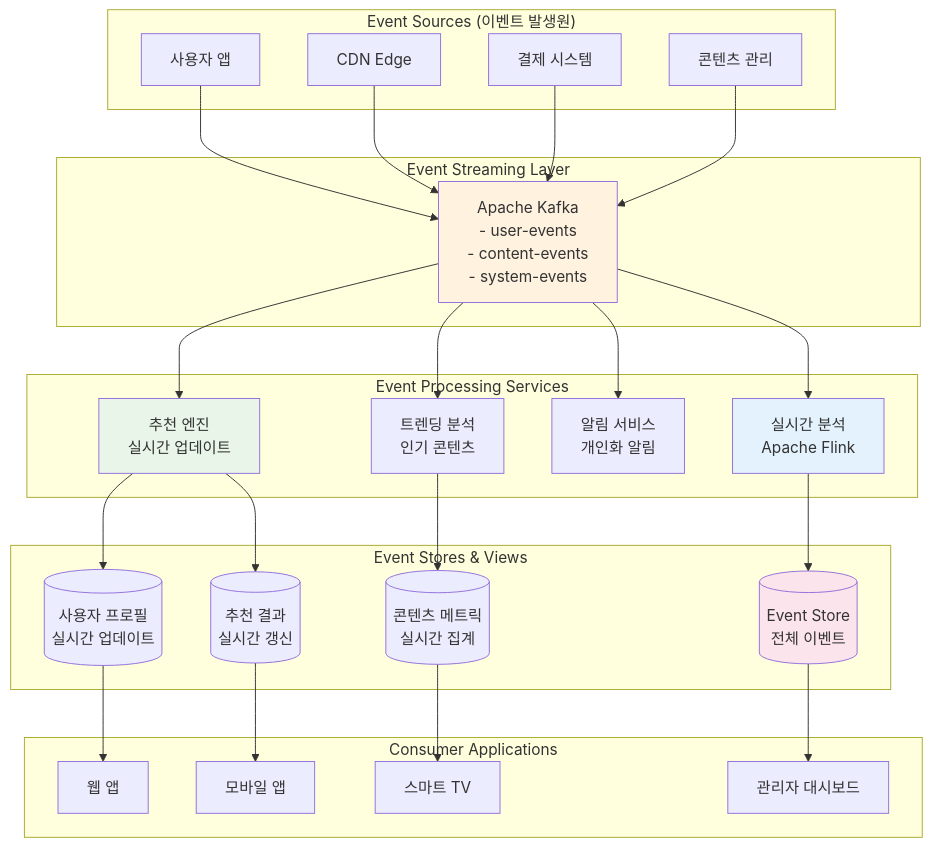
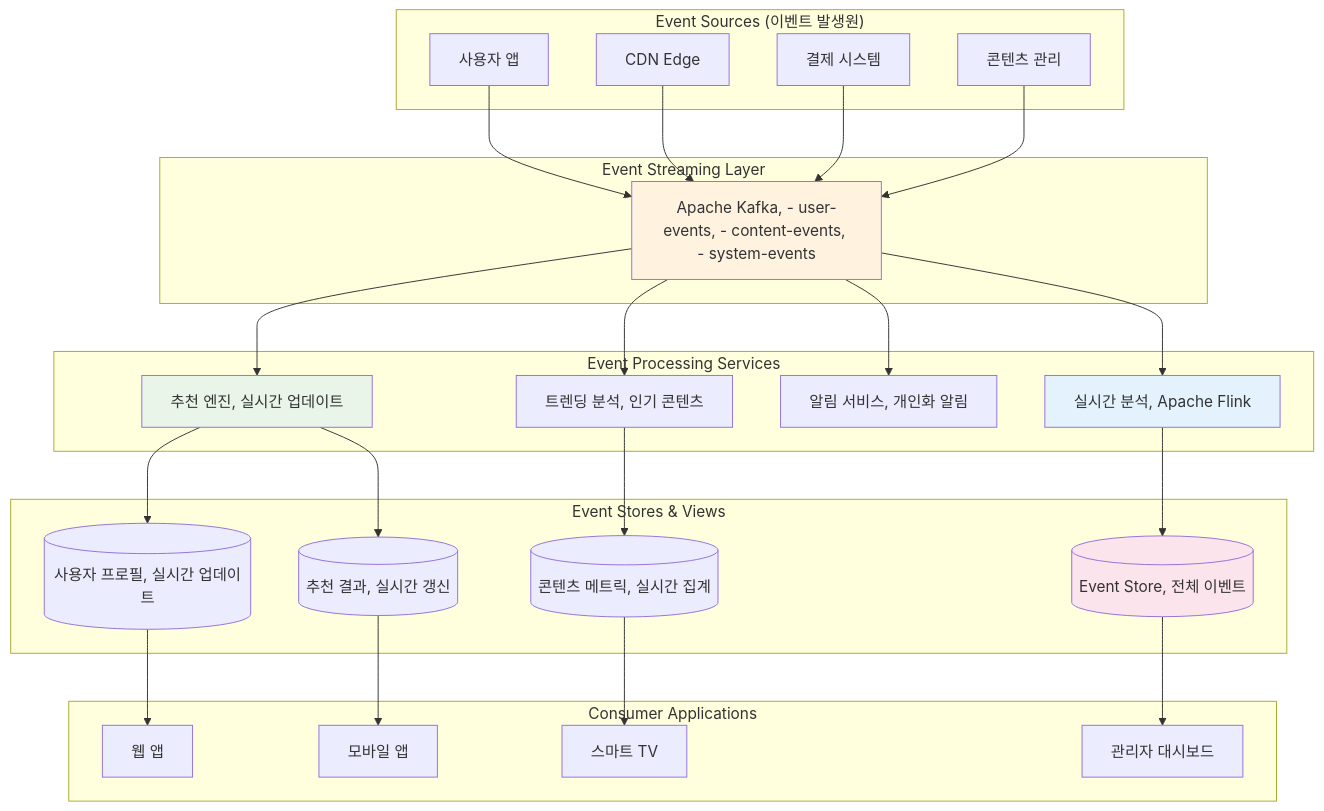
One commit to choru-k/choru-wiki changed the diagram in docs/cs/guide/chapter-16-system-design-patterns/02-event-driven-architecture.md. Above: the diagram before and after it, drawn with Mermaid. The commit also changed 26 other files, not shown here.

````diff
--- a/docs/cs/guide/chapter-16-system-design-patterns/02-event-driven-architecture.md
+++ b/docs/cs/guide/chapter-16-system-design-patterns/02-event-driven-architecture.md
@@ -55,59 +55,59 @@
 ```mermaid
 graph TB
     subgraph "Event Sources (이벤트 발생원)"
         User[사용자 앱]
         CDN[CDN Edge]
         Payment[결제 시스템]
         CMS[콘텐츠 관리]
     end
     
     subgraph "Event Streaming Layer"
-        Kafka[Apache Kafka<br/>- user-events<br/>- content-events<br/>- system-events]
+        Kafka[Apache Kafka, - user-events, - content-events, - system-events]
     end
     
     subgraph "Event Processing Services"
-        Analytics[실시간 분석<br/>Apache Flink]
-        Recommendation[추천 엔진<br/>실시간 업데이트]
-        Notification[알림 서비스<br/>개인화 알림]
-        Trending[트렌딩 분석<br/>인기 콘텐츠]
+        Analytics[실시간 분석, Apache Flink]
+        Recommendation[추천 엔진, 실시간 업데이트]
+        Notification[알림 서비스, 개인화 알림]
+        Trending[트렌딩 분석, 인기 콘텐츠]
     end
     
     subgraph "Event Stores & Views"
-        EventStore[(Event Store<br/>전체 이벤트)]
-        UserProfile[(사용자 프로필<br/>실시간 업데이트)]
-        ContentMetrics[(콘텐츠 메트릭<br/>실시간 집계)]
-        RecommendationDB[(추천 결과<br/>실시간 갱신)]
+        EventStore[(Event Store, 전체 이벤트)]
+        UserProfile[(사용자 프로필, 실시간 업데이트)]
+        ContentMetrics[(콘텐츠 메트릭, 실시간 집계)]
+        RecommendationDB[(추천 결과, 실시간 갱신)]
     end
     
     subgraph "Consumer Applications"
         WebApp[웹 앱]
         MobileApp[모바일 앱]
         SmartTV[스마트 TV]
         AdminDash[관리자 대시보드]
     end
     
     User --> Kafka
     CDN --> Kafka
     Payment --> Kafka
     CMS --> Kafka
     
     Kafka --> Analytics
     Kafka --> Recommendation
     Kafka --> Notification
     Kafka --> Trending
     
     Analytics --> EventStore
     Recommendation --> UserProfile
     Recommendation --> RecommendationDB
     Trending --> ContentMetrics
     
     UserProfile --> WebApp
     RecommendationDB --> MobileApp
     ContentMetrics --> SmartTV
     EventStore --> AdminDash
     
     style Kafka fill:#fff3e0
     style Analytics fill:#e3f2fd
     style Recommendation fill:#e8f5e8
     style EventStore fill:#fce4ec
 ```
````
